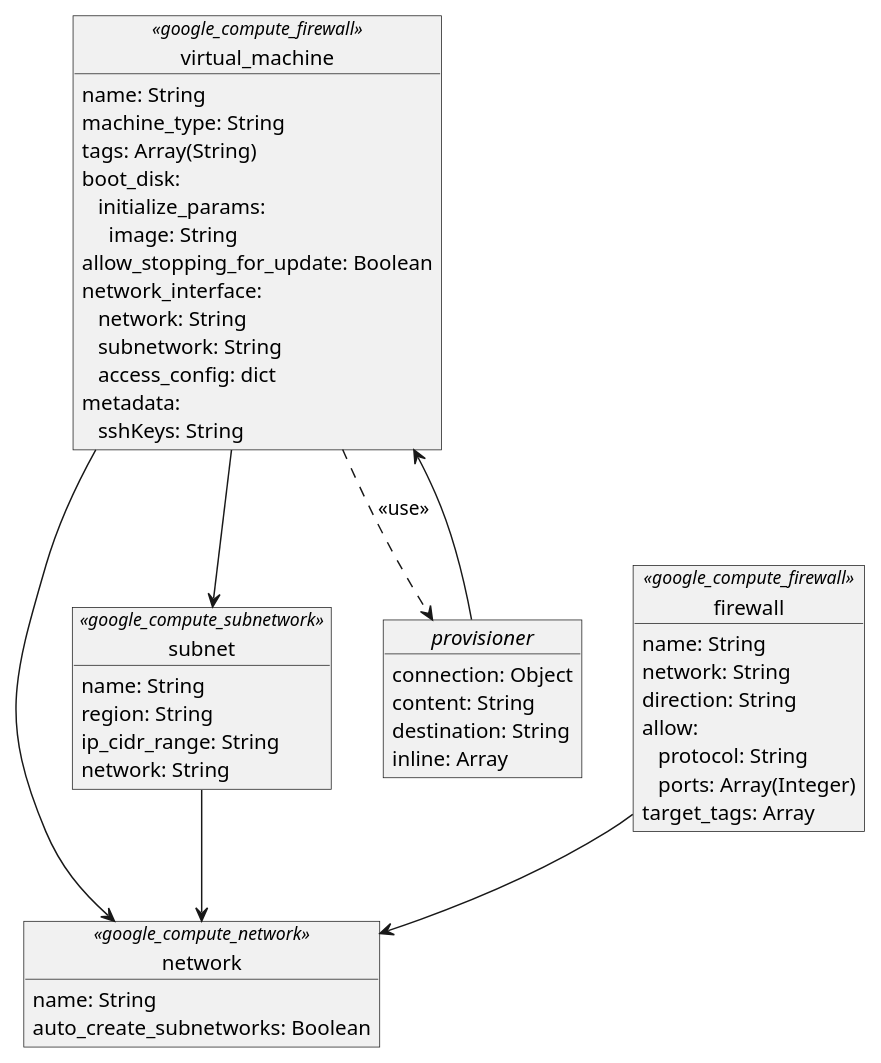
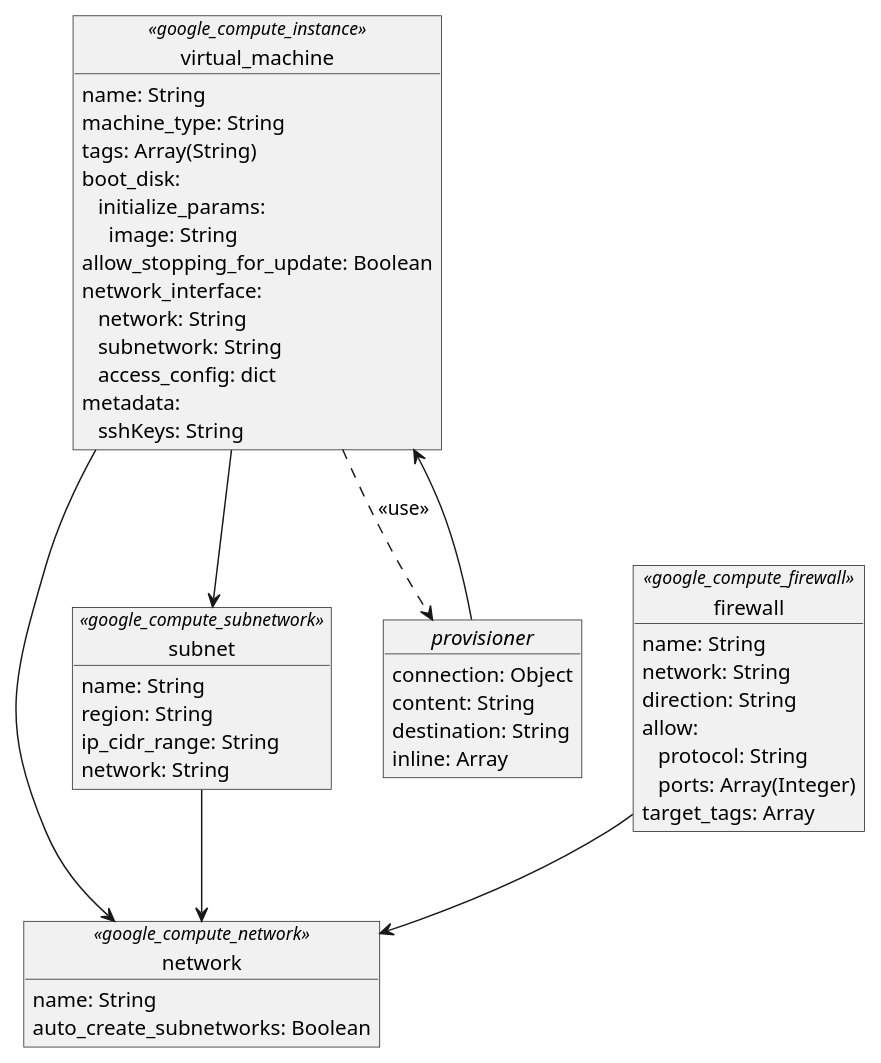
The diagram in plantuml/gcp/terraform.plantuml (tasiomendez/iac-modelling), drawn with PlantUML before and after one commit.

Commit message:
Type VM fixed

```diff
--- a/plantuml/gcp/terraform.plantuml
+++ b/plantuml/gcp/terraform.plantuml
@@ -1,62 +1,62 @@
 @startuml terraform
 
 ' Design Configuration
 skinparam monochrome true
 skinparam tabSize 2
 
 object "network" as network <<google_compute_network>> {
     name: String
     auto_create_subnetworks: Boolean
 }
 
 object "subnet" as subnet <<google_compute_subnetwork>> {
     name: String
     region: String
     ip_cidr_range: String
     network: String
 }
 
 object "firewall" as firewall <<google_compute_firewall>> {
     name: String
     network: String
     direction: String
     allow:
         \t protocol: String
         \t ports: Array(Integer)
     target_tags: Array
 }
 
-object "virtual_machine" as vm <<google_compute_firewall>> {
+object "virtual_machine" as vm <<google_compute_instance>> {
     name: String
     machine_type: String
     tags: Array(String)
     boot_disk:
         \t initialize_params:
             \t \t image: String
     allow_stopping_for_update: Boolean
     network_interface:
         \t network: String
         \t subnetwork: String
         \t access_config: dict
     metadata:
         \t sshKeys: String
 }
 
 object "//provisioner//" as provisioner {
     connection: Object
     content: String
     destination: String
     inline: Array
 }
 
 subnet --> network
 firewall --> network
 
 vm --> network
 vm --> subnet
 
 vm ..> provisioner : <<use>>
 
 provisioner --> vm
 
 @enduml
```
